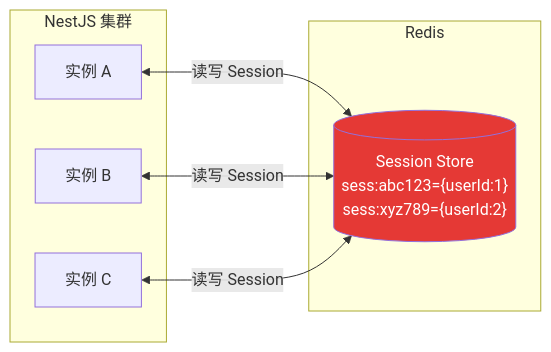
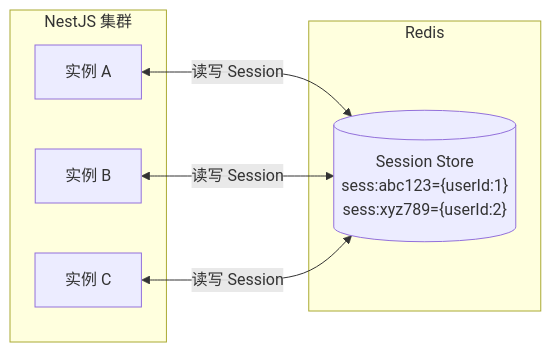
Before and after one commit to luohuidong/auth-tutorial: the fifth of 7 diagrams in docs/session-mechanism.md, drawn with Mermaid. The commit also changed 8 other files, not shown here.

First line of the commit message:
docs: 移除 mermaid 图表硬编码颜色以兼容 light/dark theme

````diff
--- a/docs/session-mechanism.md
+++ b/docs/session-mechanism.md
@@ -251,15 +251,14 @@
 ```mermaid
 graph LR
     subgraph "NestJS 集群"
         A["实例 A"]
         B["实例 B"]
         C["实例 C"]
     end
 
     subgraph "Redis"
         D[("Session Store\nsess:abc123={userId:1}\nsess:xyz789={userId:2}")]
     end
 
     A & B & C <-->|"读写 Session"| D
-    style D fill:#e53935,color:#fff
 ```
````
